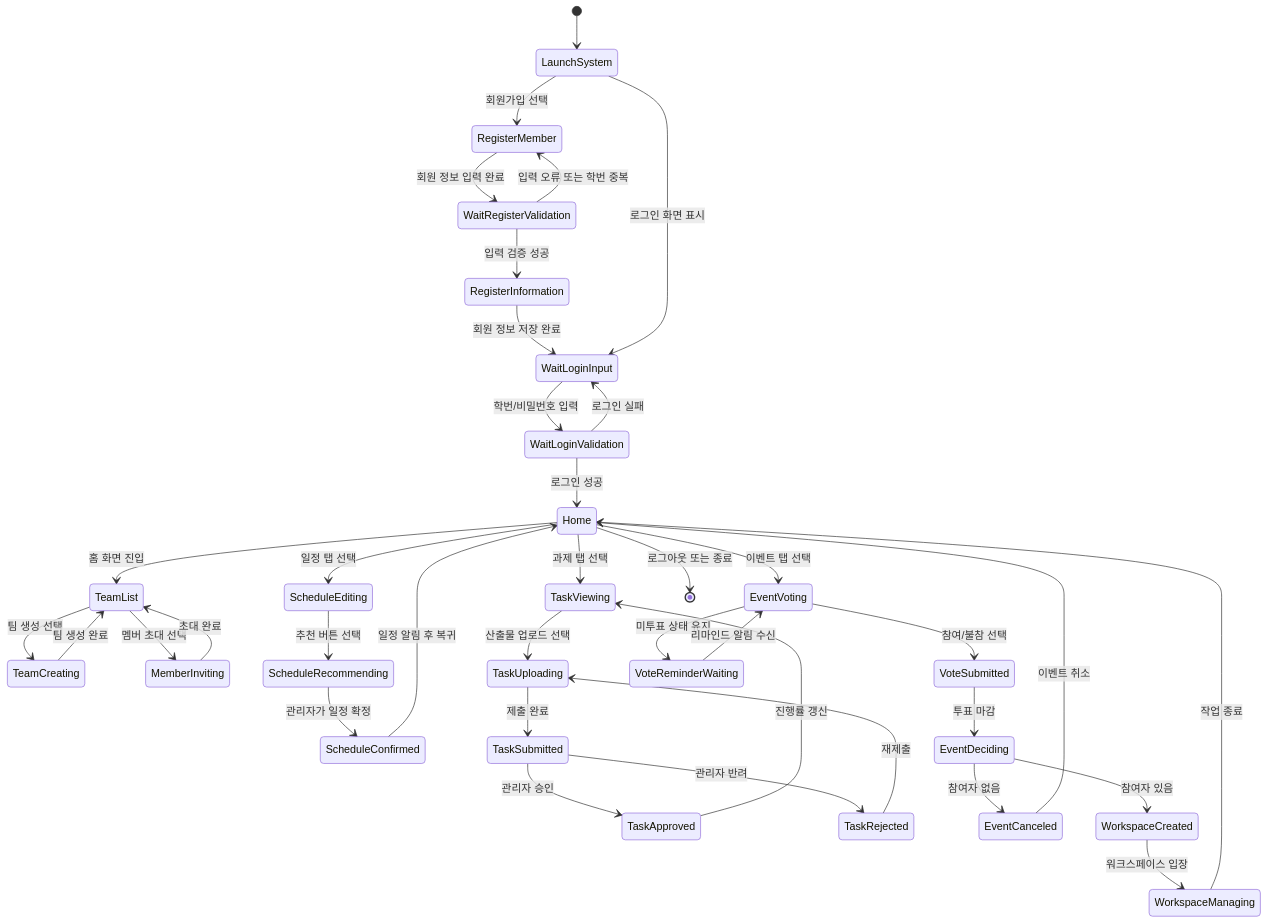
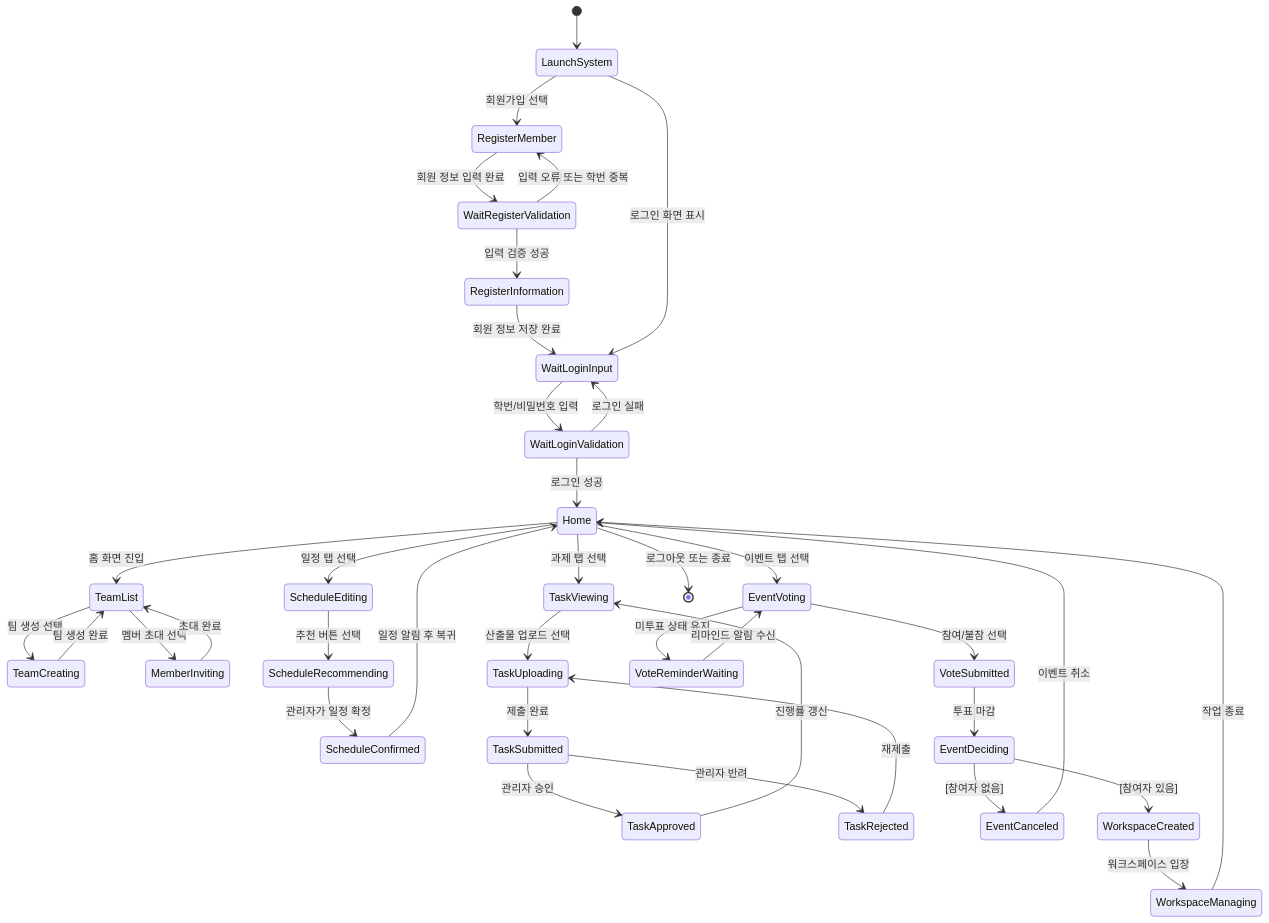
One commit to goldong23/Jo-Yul changed diagram 16 of 16 in Design_22411923_홍주은.md. Above: the diagram before and after it, drawn with Mermaid. The commit also changed other lines of this file, not shown here.

Commit message:
UML 다이어그램 강의 규칙 반영

````diff
--- a/Design_22411923_홍주은.md
+++ b/Design_22411923_홍주은.md
@@ -594,47 +682,47 @@
 ```mermaid
 stateDiagram-v2
     [*] --> LaunchSystem
 
     LaunchSystem --> RegisterMember: 회원가입 선택
     RegisterMember --> WaitRegisterValidation: 회원 정보 입력 완료
     WaitRegisterValidation --> RegisterMember: 입력 오류 또는 학번 중복
     WaitRegisterValidation --> RegisterInformation: 입력 검증 성공
     RegisterInformation --> WaitLoginInput: 회원 정보 저장 완료
 
     LaunchSystem --> WaitLoginInput: 로그인 화면 표시
     WaitLoginInput --> WaitLoginValidation: 학번/비밀번호 입력
     WaitLoginValidation --> WaitLoginInput: 로그인 실패
     WaitLoginValidation --> Home: 로그인 성공
 
     Home --> TeamList: 홈 화면 진입
     TeamList --> TeamCreating: 팀 생성 선택
     TeamCreating --> TeamList: 팀 생성 완료
     TeamList --> MemberInviting: 멤버 초대 선택
     MemberInviting --> TeamList: 초대 완료
 
     Home --> ScheduleEditing: 일정 탭 선택
     ScheduleEditing --> ScheduleRecommending: 추천 버튼 선택
     ScheduleRecommending --> ScheduleConfirmed: 관리자가 일정 확정
     ScheduleConfirmed --> Home: 일정 알림 후 복귀
 
     Home --> TaskViewing: 과제 탭 선택
     TaskViewing --> TaskUploading: 산출물 업로드 선택
     TaskUploading --> TaskSubmitted: 제출 완료
     TaskSubmitted --> TaskApproved: 관리자 승인
     TaskSubmitted --> TaskRejected: 관리자 반려
     TaskRejected --> TaskUploading: 재제출
     TaskApproved --> TaskViewing: 진행률 갱신
 
     Home --> EventVoting: 이벤트 탭 선택
     EventVoting --> VoteSubmitted: 참여/불참 선택
     EventVoting --> VoteReminderWaiting: 미투표 상태 유지
     VoteReminderWaiting --> EventVoting: 리마인드 알림 수신
     VoteSubmitted --> EventDeciding: 투표 마감
-    EventDeciding --> EventCanceled: 참여자 없음
-    EventDeciding --> WorkspaceCreated: 참여자 있음
+    EventDeciding --> EventCanceled: [참여자 없음]
+    EventDeciding --> WorkspaceCreated: [참여자 있음]
     WorkspaceCreated --> WorkspaceManaging: 워크스페이스 입장
     WorkspaceManaging --> Home: 작업 종료
     EventCanceled --> Home: 이벤트 취소
 
     Home --> [*]: 로그아웃 또는 종료
 ```
````
